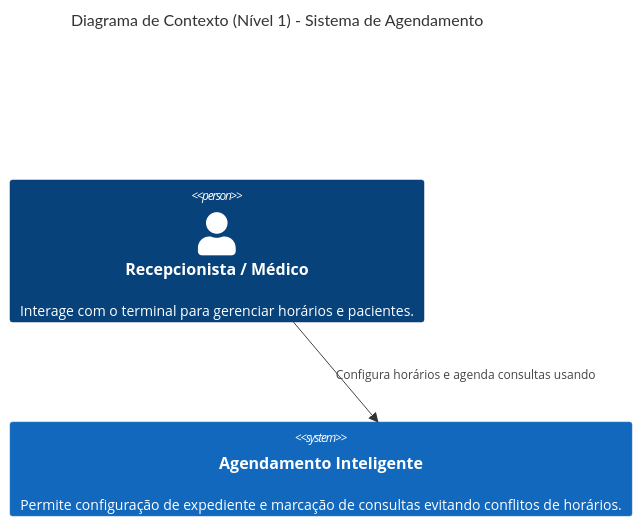
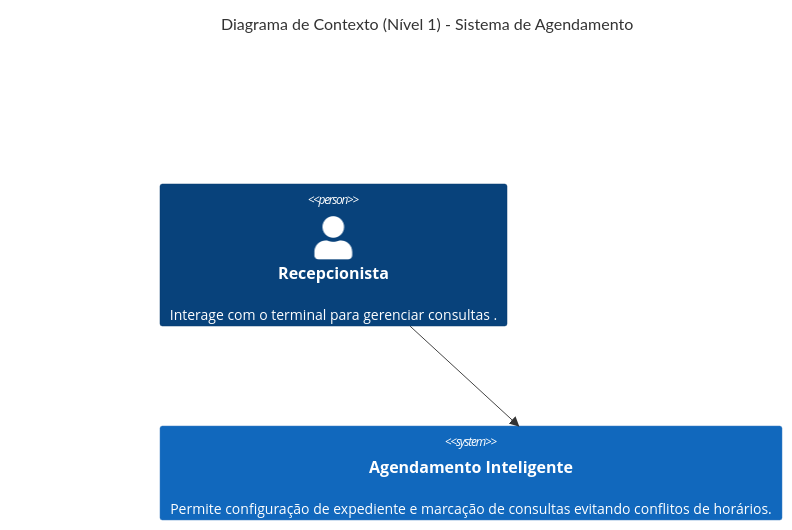
Before and after one commit to AKL77/PRD-M-dulo-de-Agendamento-Inteligente-MVP-: the first of 2 diagrams in README.md, drawn with Mermaid. The commit also changed other lines of this file, not shown here.

Commit message:
mermaid mais adequado

````diff
--- a/README.md
+++ b/README.md
@@ -1,9 +1,9 @@
 ```mermaid
 C4Context
     title Diagrama de Contexto (Nível 1) - Sistema de Agendamento
     
-    Person(usuario, "Recepcionista / Médico", "Interage com o terminal para gerenciar horários e pacientes.")
+    Person(usuario, "Recepcionista", "Interage com o terminal para gerenciar consultas  .")
     System(sistema, "Agendamento Inteligente", "Permite configuração de expediente e marcação de consultas evitando conflitos de horários.")
 
-    Rel(usuario, sistema, "Configura horários e agenda consultas usando")
+    Rel(usuario, sistema, "")
 ```
````
